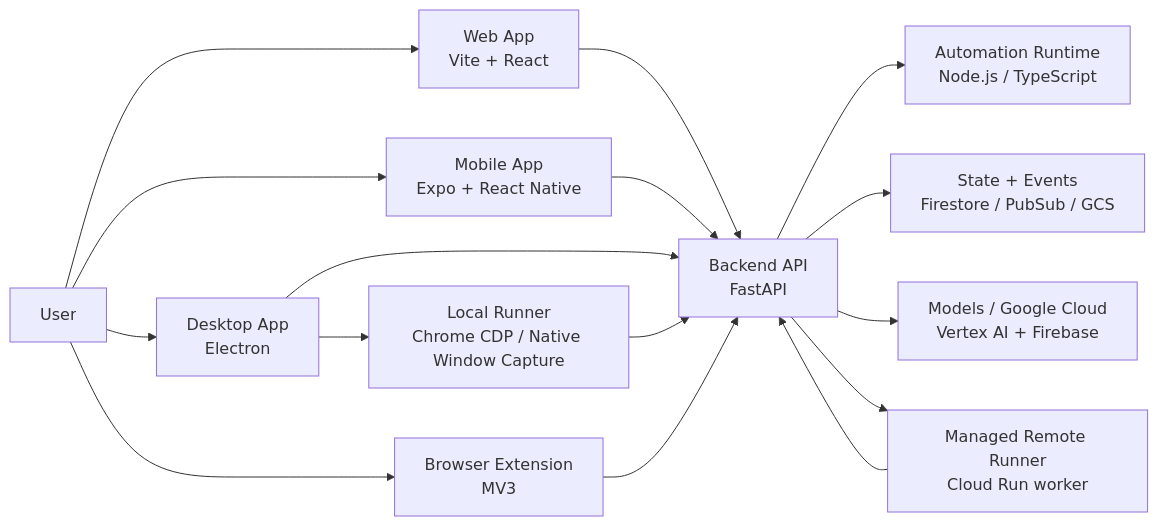
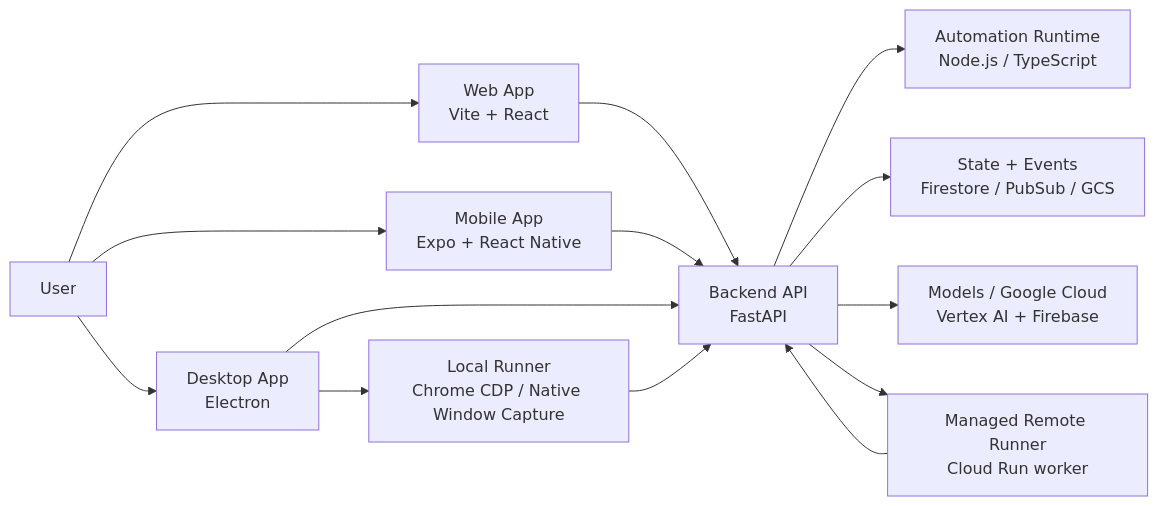
Before and after one commit to Eshwar-777/Oi: the first of 5 diagrams in README.md, drawn with Mermaid. The commit also changed other lines of this file and 7 other files, not shown here.

````diff
--- a/README.md
+++ b/README.md
@@ -28,22 +27,20 @@
 ```mermaid
 flowchart LR
     User["User"] --> Web["Web App<br/>Vite + React"]
     User --> Mobile["Mobile App<br/>Expo + React Native"]
     User --> Desktop["Desktop App<br/>Electron"]
-    User --> Extension["Browser Extension<br/>MV3"]
 
     Web --> Backend["Backend API<br/>FastAPI"]
     Mobile --> Backend
     Desktop --> Backend
-    Extension --> Backend
 
     Backend --> Runtime["Automation Runtime<br/>Node.js / TypeScript"]
     Backend --> Store["State + Events<br/>Firestore / PubSub / GCS"]
     Backend --> Vertex["Models / Google Cloud<br/>Vertex AI + Firebase"]
 
     Desktop --> LocalRunner["Local Runner<br/>Chrome CDP / Native Window Capture"]
     LocalRunner --> Backend
 
     Backend --> RemoteRunner["Managed Remote Runner<br/>Cloud Run worker"]
     RemoteRunner --> Backend
 ```
````
